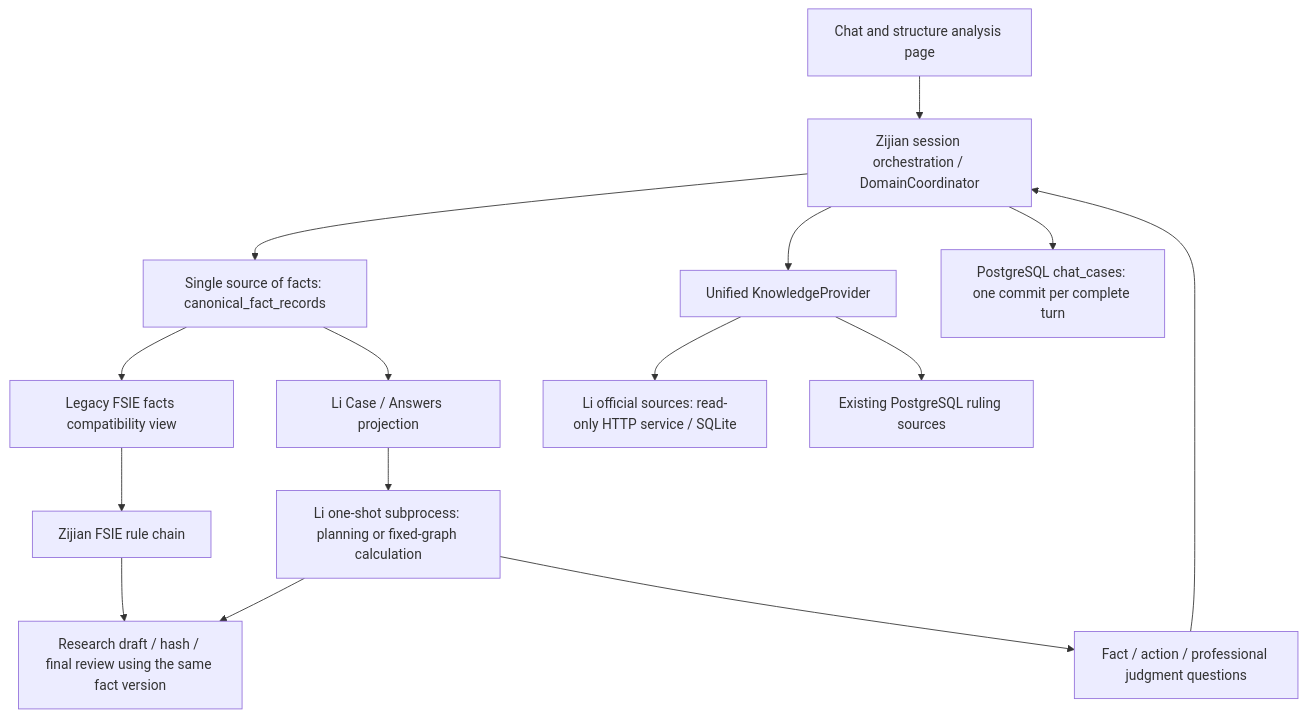
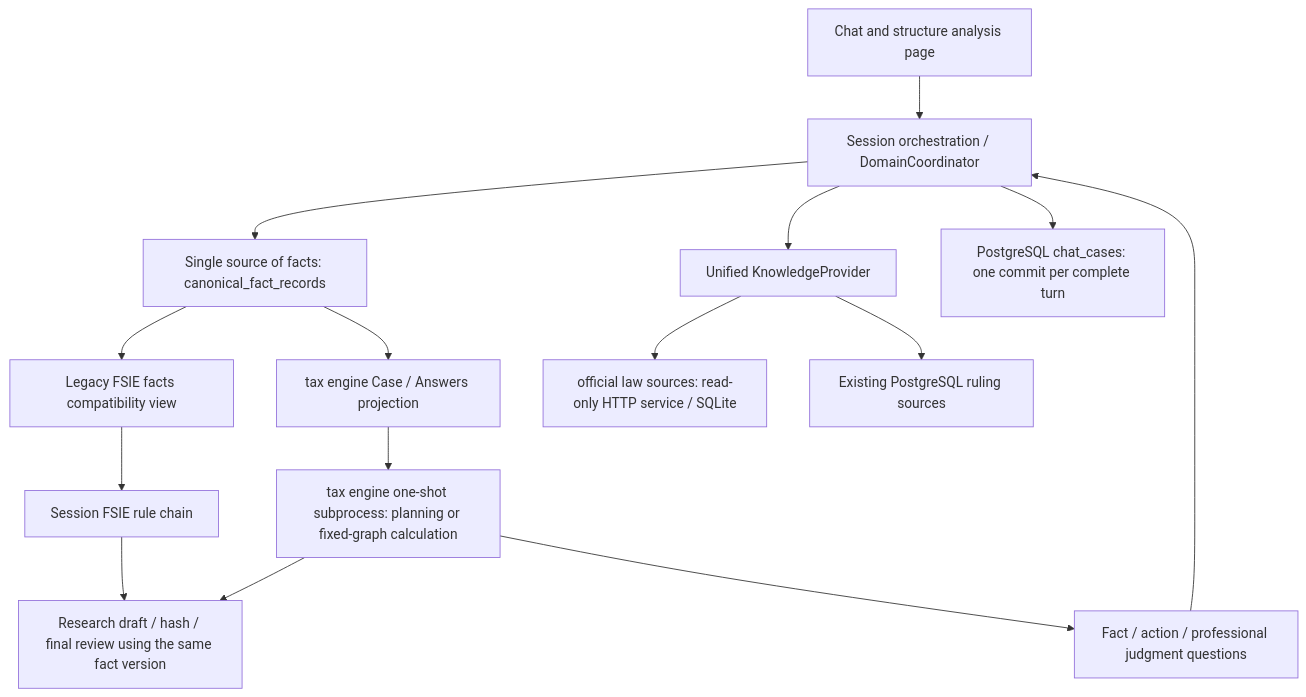
The diagram in docs/setup/README.md (1726621062qqcom-ctrl/Asia-Tax-AI-Agent), drawn with Mermaid before and after one commit. The commit also changed other lines of this file and 52 other files, not shown here.

````diff
--- a/docs/setup/README.md
+++ b/docs/setup/README.md
@@ -12,17 +12,17 @@
 ```mermaid
 flowchart TD
-  U[Chat and structure analysis page] --> B[Zijian session orchestration / DomainCoordinator]
+  U[Chat and structure analysis page] --> B[Session orchestration / DomainCoordinator]
   B --> F[Single source of facts: canonical_fact_records]
   F --> P[Legacy FSIE facts compatibility view]
-  F --> C[Li Case / Answers projection]
-  P --> G[Zijian FSIE rule chain]
-  C --> L[Li one-shot subprocess: planning or fixed-graph calculation]
+  F --> C[tax engine Case / Answers projection]
+  P --> G[Session FSIE rule chain]
+  C --> L[tax engine one-shot subprocess: planning or fixed-graph calculation]
   L --> Q[Fact / action / professional judgment questions]
   Q --> B
   B --> K[Unified KnowledgeProvider]
-  K --> S[Li official sources: read-only HTTP service / SQLite]
+  K --> S[official law sources: read-only HTTP service / SQLite]
   K --> R[Existing PostgreSQL ruling sources]
   G --> O[Research draft / hash / final review using the same fact version]
   L --> O
   B --> DB[PostgreSQL chat_cases: one commit per complete turn]
 ```
````
